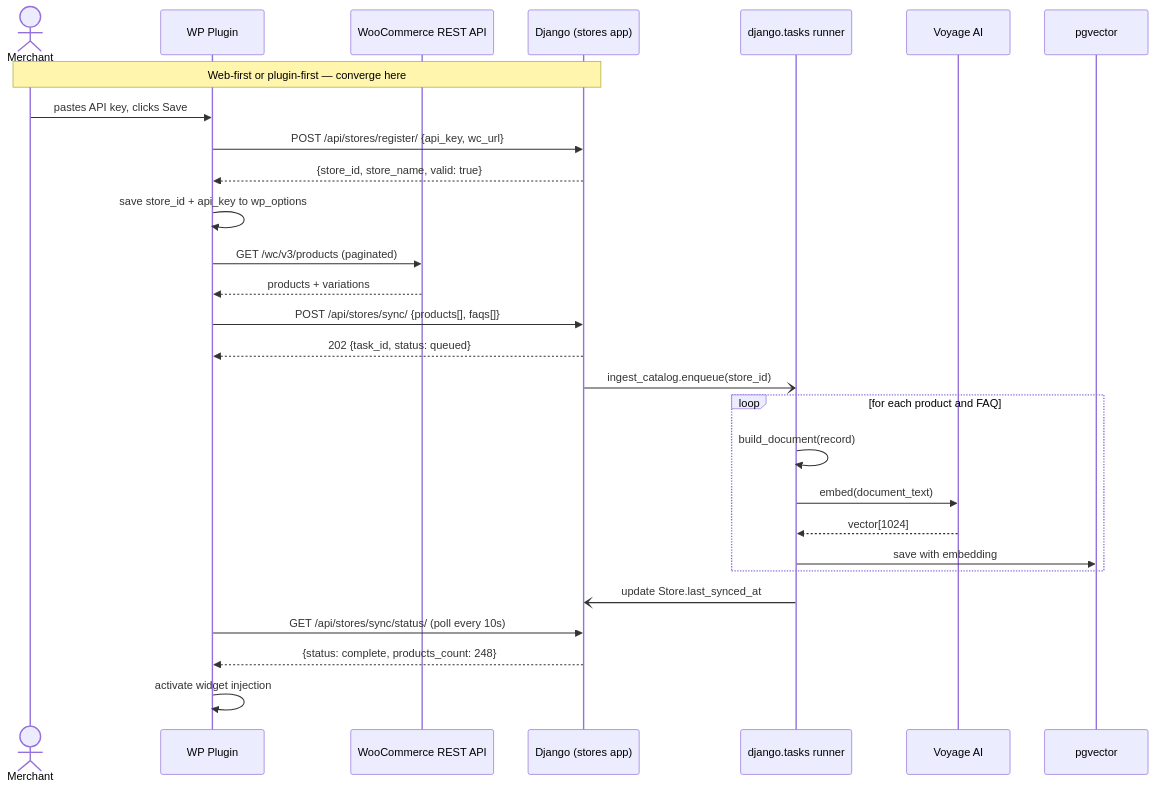
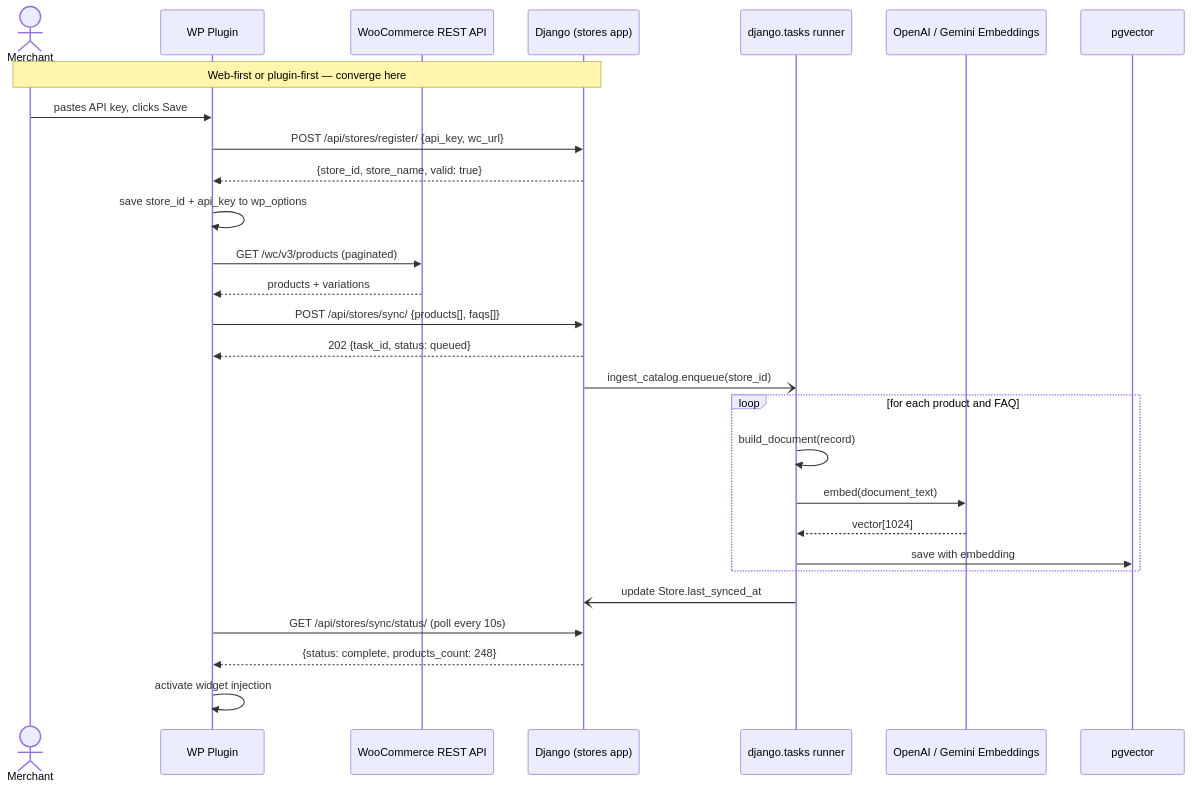
The fourth of 6 diagrams in _docs/PRD.md (aji-pratama/woocs), drawn with Mermaid before and after one commit. The commit also changed other lines of this file and 6 other files, not shown here.

````diff
--- a/_docs/PRD.md
+++ b/_docs/PRD.md
@@ -1396,35 +1396,35 @@
 ```mermaid
 sequenceDiagram
   actor Merchant
   participant WP as WP Plugin
   participant WC as WooCommerce REST API
   participant Django as Django (stores app)
   participant Worker as django.tasks runner
-  participant Voyage as Voyage AI
+  participant Embeddings as OpenAI / Gemini Embeddings
   participant PG as pgvector
 
   Note over Merchant,Django: Web-first or plugin-first — converge here
 
   Merchant->>WP: pastes API key, clicks Save
   WP->>Django: POST /api/stores/register/ {api_key, wc_url}
   Django-->>WP: {store_id, store_name, valid: true}
   WP->>WP: save store_id + api_key to wp_options
 
   WP->>WC: GET /wc/v3/products (paginated)
   WC-->>WP: products + variations
   WP->>Django: POST /api/stores/sync/ {products[], faqs[]}
   Django-->>WP: 202 {task_id, status: queued}
   Django-)Worker: ingest_catalog.enqueue(store_id)
 
   loop for each product and FAQ
     Worker->>Worker: build_document(record)
-    Worker->>Voyage: embed(document_text)
-    Voyage-->>Worker: vector[1024]
+    Worker->>Embeddings: embed(document_text)
+    Embeddings-->>Worker: vector[1024]
     Worker->>PG: save with embedding
   end
 
   Worker-)Django: update Store.last_synced_at
   WP->>Django: GET /api/stores/sync/status/ (poll every 10s)
   Django-->>WP: {status: complete, products_count: 248}
   WP->>WP: activate widget injection
 ```
````
